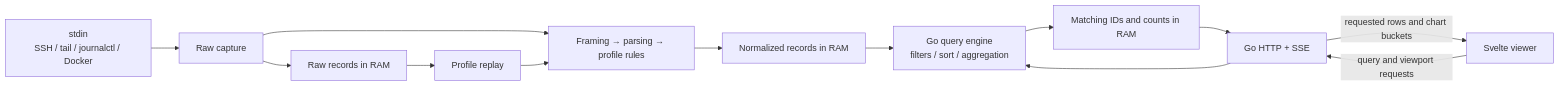
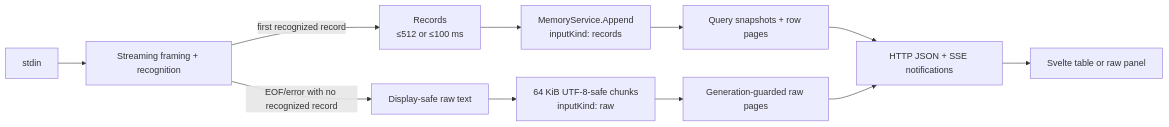
Before and after one commit to jpetroff/streamline: the first of 2 diagrams in .memory/architecture.md, drawn with Mermaid. The commit also changed other lines of this file and 7 other files, not shown here.

````diff
--- a/.memory/architecture.md
+++ b/.memory/architecture.md
@@ -76,15 +78,13 @@
 ```mermaid
 flowchart LR
-  Input["stdin<br/>SSH / tail / journalctl / Docker"] --> Capture["Raw capture"]
-  Capture --> Raw["Raw records in RAM"]
-  Capture --> Parse["Framing → parsing → profile rules"]
-  Parse --> Events["Normalized records in RAM"]
-  Raw --> Replay["Profile replay"]
-  Replay --> Parse
-  Events --> Query["Go query engine<br/>filters / sort / aggregation"]
-  Query --> Results["Matching IDs and counts in RAM"]
-  Results --> API["Go HTTP + SSE"]
-  API -->|"requested rows and chart buckets"| UI["Svelte viewer"]
-  UI -->|"query and viewport requests"| API
-  API --> Query
+  Input["stdin"] --> Parser["Streaming framing + recognition"]
+  Parser -->|"first recognized record"| Batches["Records<br/>≤512 or ≤100 ms"]
+  Batches --> Query["MemoryService.Append<br/>inputKind: records"]
+  Parser -->|"EOF/error with no recognized record"| Sanitize["Display-safe raw text"]
+  Sanitize --> Raw["64 KiB UTF-8-safe chunks<br/>inputKind: raw"]
+  Query --> Rows["Query snapshots + row pages"]
+  Raw --> RawAPI["Generation-guarded raw pages"]
+  Rows --> API["HTTP JSON + SSE notifications"]
+  RawAPI --> API
+  API --> UI["Svelte table or raw panel"]
 ```
````
